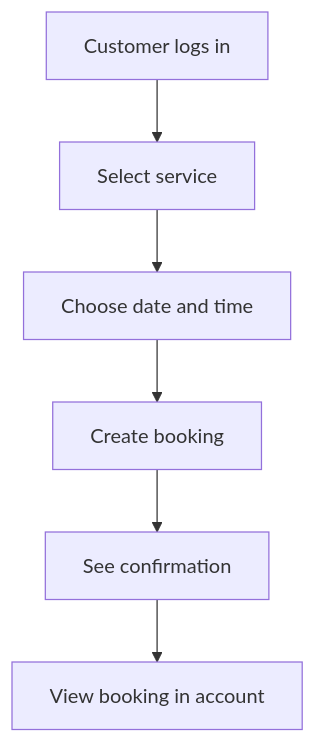
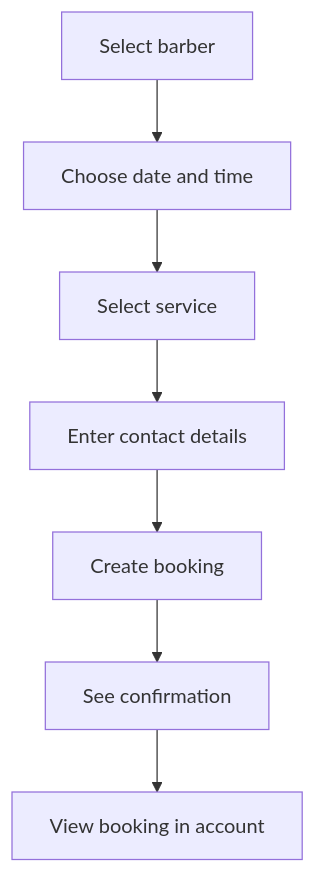
Before and after one commit to Erics-Barbers/erics-barbers-docs: the diagram in Known Gaps and Roadmap.md, drawn with Mermaid. The commit also changed other lines of this file and 14 other files, not shown here.

````diff
--- a/Known Gaps and Roadmap.md
+++ b/Known Gaps and Roadmap.md
@@ -187,8 +188,9 @@
 ```mermaid
 flowchart TD
-    Login["Customer logs in"] --> Services["Select service"]
-    Services --> Time["Choose date and time"]
-    Time --> Create["Create booking"]
+    Barber["Select barber"] --> Time["Choose date and time"]
+    Time --> Services["Select service"]
+    Services --> Contact["Enter contact details"]
+    Contact --> Create["Create booking"]
     Create --> Confirm["See confirmation"]
     Confirm --> List["View booking in account"]
 ```
````
